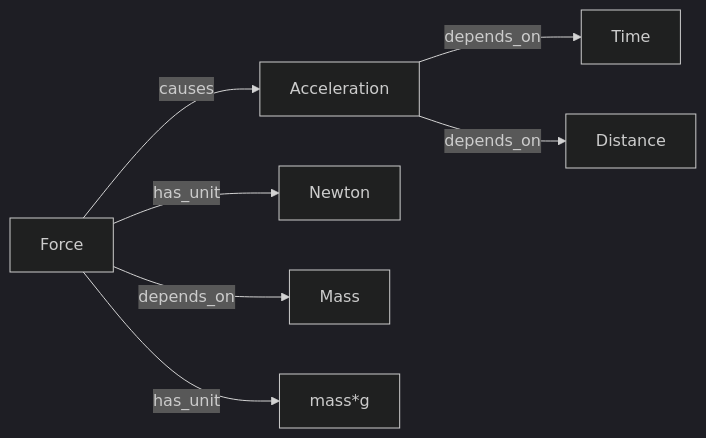
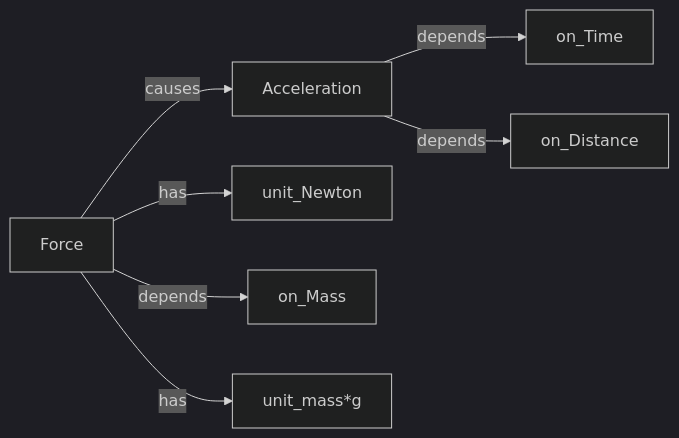
Before and after one commit to CyrilPec/Lingvo: the diagram in README.md, drawn with Mermaid (dark theme).

````diff
--- a/README.md
+++ b/README.md
@@ -24,9 +24,9 @@
 ```mermaid
 graph LR
     Force -->|causes| Acceleration
-    Force -->|has_unit| Newton
-    Force -->|depends_on| Mass
-    Acceleration -->|depends_on| Time
-Acceleration -->|depends_on| Distance
- Force -->|has_unit| mass*g
+    Force -->|has| unit_Newton
+    Force -->|depends| on_Mass
+    Acceleration -->|depends| on_Time
+    Acceleration -->|depends| on_Distance
+    Force -->|has| unit_mass*g
 ```
````
